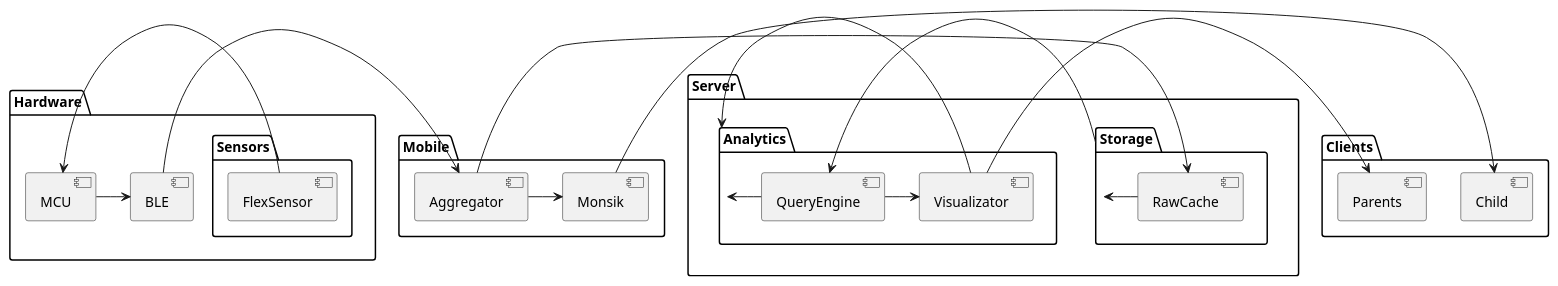
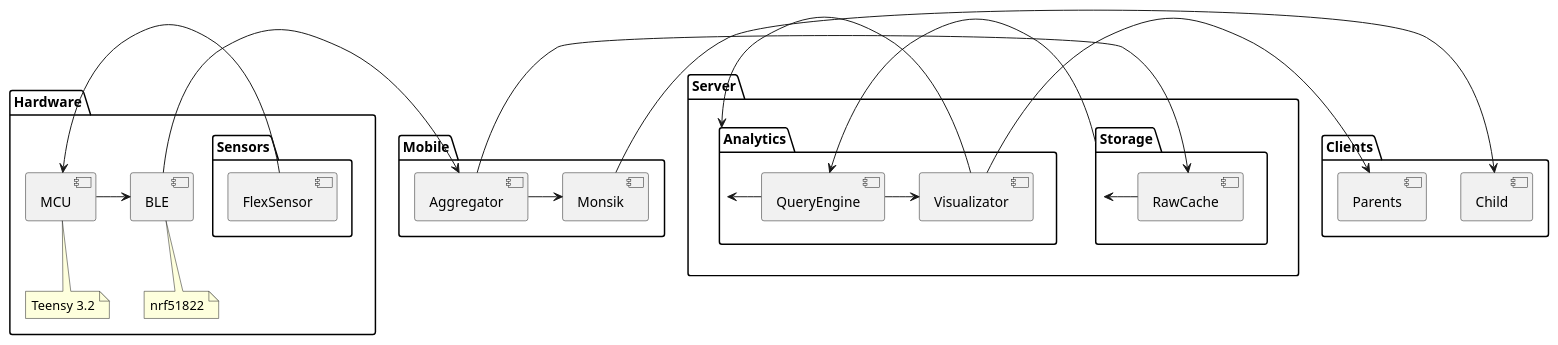
One commit to motorica-org/telemetry-docs changed the diagram in architecture.puml. Above: the diagram before and after it, drawn with PlantUML.

Commit message:
feat(Architecture): Note exact MCU and BLE models

```diff
--- a/architecture.puml
+++ b/architecture.puml
@@ -1,40 +1,43 @@
 @startuml
 skinparam componentStyle uml2
 
 package Hardware {
     component MCU
     component BLE
 
     package Sensors {
         [FlexSensor] -> [MCU]
     }
 
     [MCU] -> [BLE]
+
+    note bottom of [MCU]: Teensy 3.2
+    note bottom of [BLE]: nrf51822
 }
 
 package Mobile {
     [BLE] -> [Aggregator]
     [Aggregator] -> [Monsik]
 }
 
 package Server {
     package Storage {
         [Aggregator] -> [RawCache]
         [RawCache] -> [Storage]
     }
     package Analytics {
         [Storage] -> [QueryEngine]
         [QueryEngine] -> [Visualizator]
     }
 }
 
 package Clients {
     [Child] <- [Monsik]
 
     [Parents] <- [Visualizator]
 
     [Analytics] <- [QueryEngine]
     [Analytics] <- [Visualizator]
 }
 
 @enduml
```
